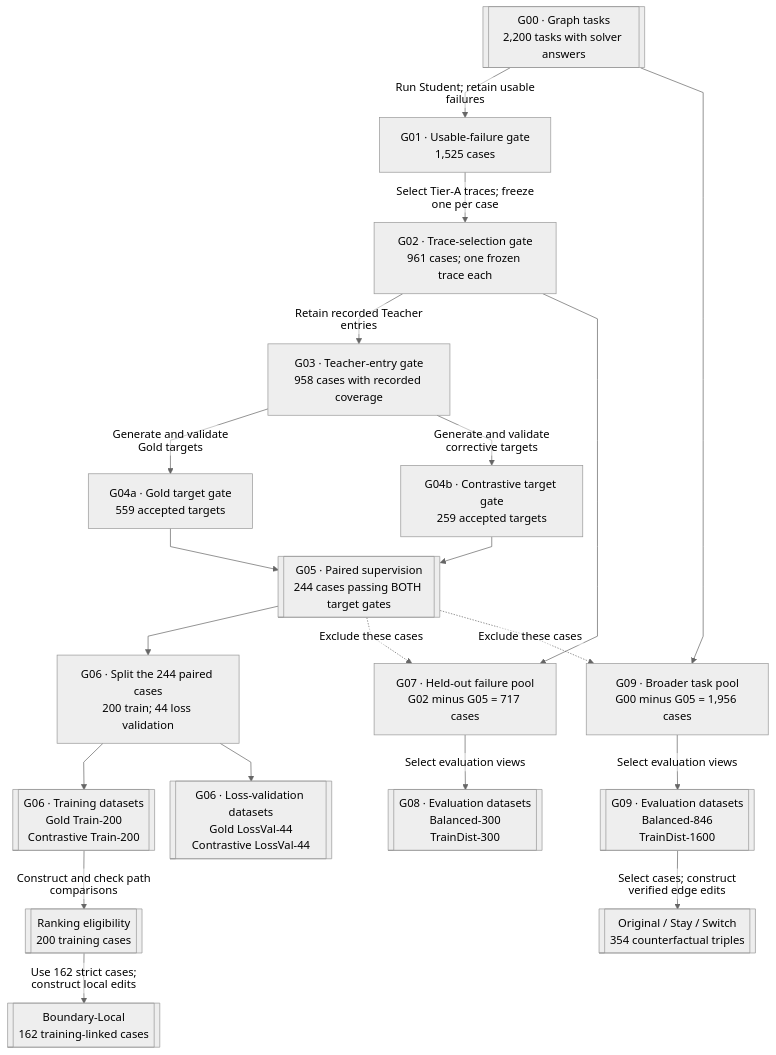
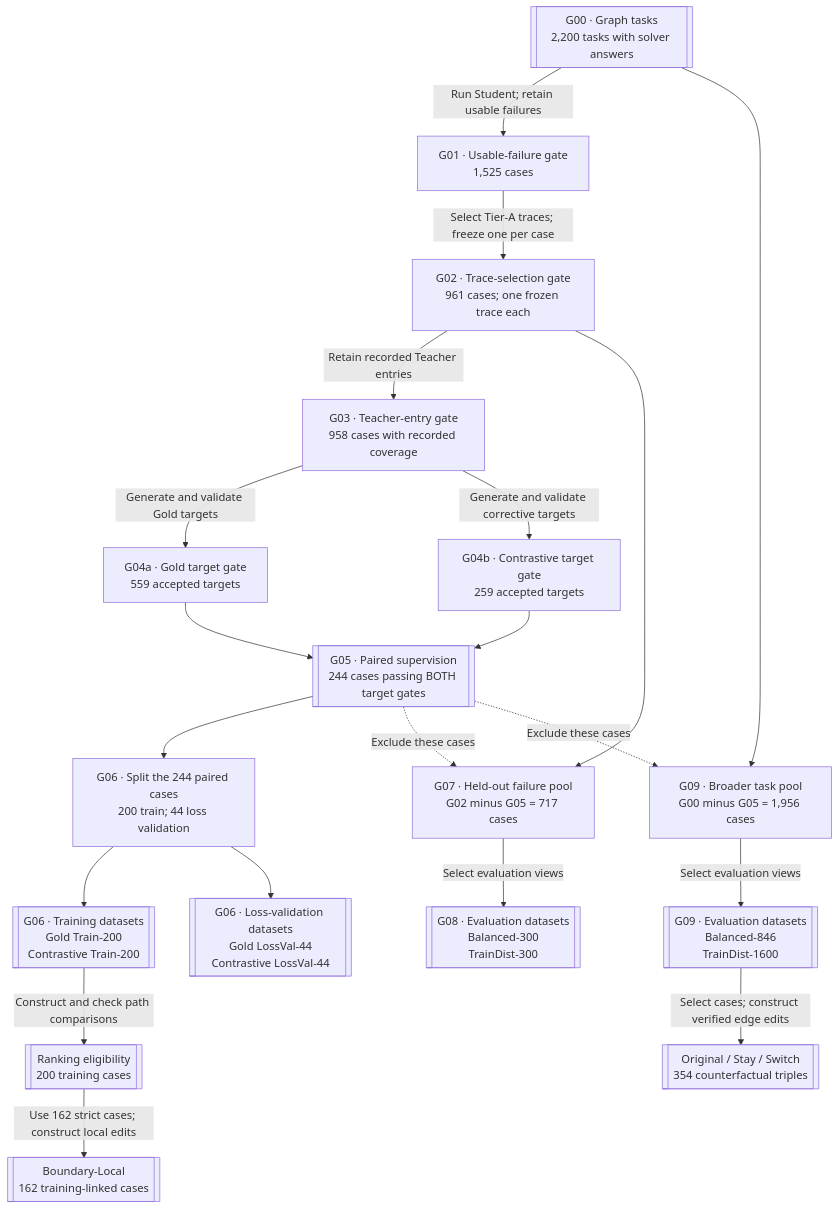
Before and after one commit to MinervaCyy/PathFACT: the diagram in README.md, drawn with Mermaid.

Commit message:
Update mermaid chart configuration in README

````diff
--- a/README.md
+++ b/README.md
@@ -15,71 +15,71 @@
 ```mermaid
-%%{init: {"theme": "neutral", "flowchart": {"htmlLabels": false, "curve": "linear", "nodeSpacing": 22, "rankSpacing": 28}}}%%
+%%{init: {"theme": "neutral", "flowchart": {"htmlLabels": false, "curve": "linear", "nodeSpacing": 22, "rankSpacing": 28,"fontSize": "16px",}}}%%
 flowchart TB
 
     %% CONSTRUCTION BACKBONE
 
     G00[["G00 · Graph tasks<br/>2,200 tasks with solver answers"]]
 
     G01["G01 · Usable-failure gate<br/>1,525 cases"]
     G02["G02 · Trace-selection gate<br/>961 cases; one frozen trace each"]
     G03["G03 · Teacher-entry gate<br/>958 cases with recorded coverage"]
 
     G04A["G04a · Gold target gate<br/>559 accepted targets"]
     G04B["G04b · Contrastive target gate<br/>259 accepted targets"]
 
     G05[["G05 · Paired supervision<br/>244 cases passing BOTH target gates"]]
 
     G00 -->|"Run Student; retain usable failures"| G01
     G01 -->|"Select Tier-A traces; freeze one per case"| G02
     G02 -->|"Retain recorded Teacher entries"| G03
 
     G03 -->|"Generate and validate Gold targets"| G04A
     G03 -->|"Generate and validate corrective targets"| G04B
 
     G04A --> G05
     G04B --> G05
 
     %% G06: MATCHED TRAINING AND LOSS-VALIDATION DATA
 
     G06["G06 · Split the 244 paired cases<br/>200 train; 44 loss validation"]
 
     TRAIN[["G06 · Training datasets<br/>Gold Train-200<br/>Contrastive Train-200"]]
 
     VAL[["G06 · Loss-validation datasets<br/>Gold LossVal-44<br/>Contrastive LossVal-44"]]
 
     G05 --> G06
     G06 --> TRAIN
     G06 --> VAL
 
     %% EVALUATION: TWO DIFFERENT SOURCE POOLS
 
     G07["G07 · Held-out failure pool<br/>G02 minus G05 = 717 cases"]
 
     POOL09["G09 · Broader task pool<br/>G00 minus G05 = 1,956 cases"]
 
     G08[["G08 · Evaluation datasets<br/>Balanced-300<br/>TrainDist-300"]]
 
     G09[["G09 · Evaluation datasets<br/>Balanced-846<br/>TrainDist-1600"]]
 
     G02 --> G07
     G05 -.->|"Exclude these cases"| G07
 
     G00 --> POOL09
     G05 -.->|"Exclude these cases"| POOL09
 
     G07 -->|"Select evaluation views"| G08
     POOL09 -->|"Select evaluation views"| G09
 
     %% DERIVED DATA: CONNECT TO THE CORRECT PARENTS
 
     RANK[["Ranking eligibility<br/>200 training cases"]]
 
     BOUNDARY[["Boundary-Local<br/>162 training-linked cases"]]
 
     CF[["Original / Stay / Switch<br/>354 counterfactual triples"]]
 
     TRAIN -->|"Construct and check path comparisons"| RANK
     RANK -->|"Use 162 strict cases; construct local edits"| BOUNDARY
 
     G09 -->|"Select cases; construct verified edge edits"| CF
 ```
````
